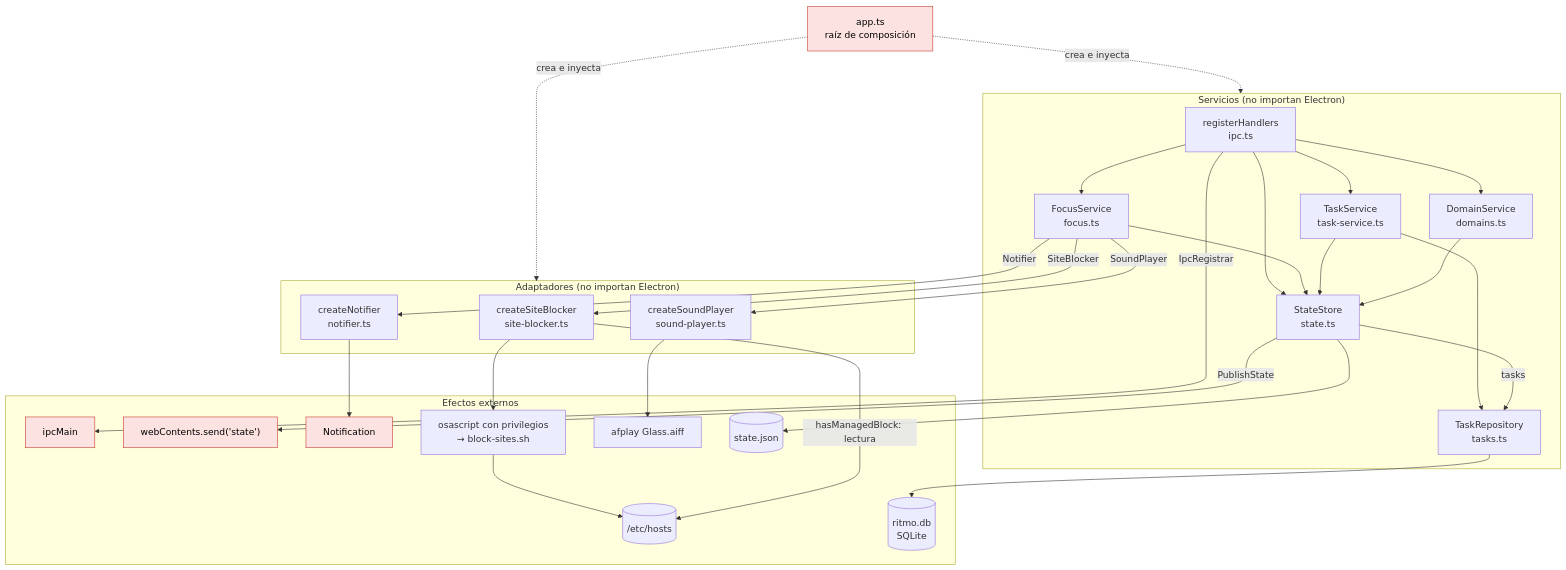
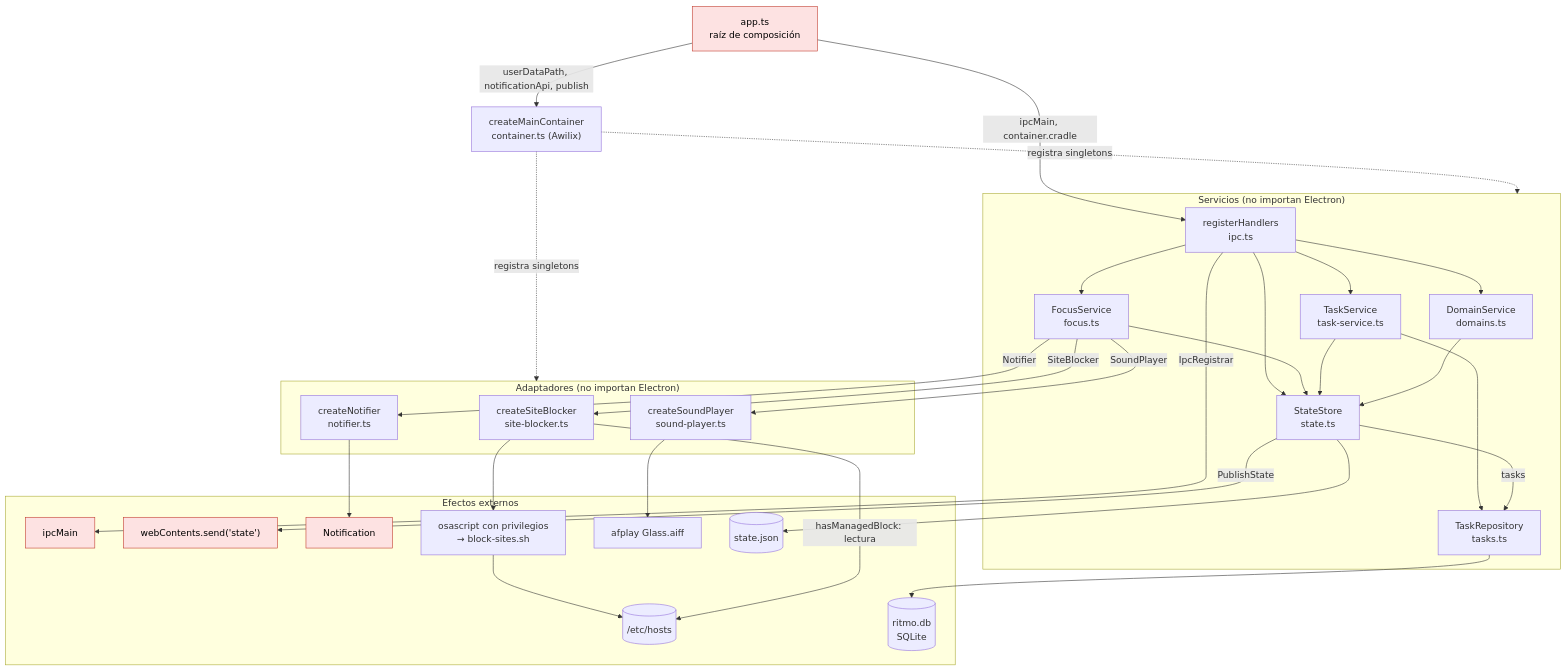
One commit to DevJuan95/ritmo changed the second of 4 diagrams in docs/arquitectura.md. Above: the diagram before and after it, drawn with Mermaid. The commit also changed other lines of this file and 1 other file, not shown here.

Commit message:
Actualiza el glosario y la arquitectura a la composición con Awilix

````diff
--- a/docs/arquitectura.md
+++ b/docs/arquitectura.md
@@ -45,59 +45,62 @@
 ```mermaid
 flowchart TB
   app["app.ts<br/>raíz de composición"]:::electron
+  container["createMainContainer<br/>container.ts (Awilix)"]
 
   subgraph servicios["Servicios (no importan Electron)"]
     ipc["registerHandlers<br/>ipc.ts"]
     focus["FocusService<br/>focus.ts"]
     taskService["TaskService<br/>task-service.ts"]
     domainService["DomainService<br/>domains.ts"]
     store["StateStore<br/>state.ts"]
     repo["TaskRepository<br/>tasks.ts"]
   end
 
   subgraph adaptadores["Adaptadores (no importan Electron)"]
     blocker["createSiteBlocker<br/>site-blocker.ts"]
     notifier["createNotifier<br/>notifier.ts"]
     sound["createSoundPlayer<br/>sound-player.ts"]
   end
 
   subgraph externos["Efectos externos"]
     ipcMain["ipcMain"]:::electron
     send["webContents.send('state')"]:::electron
     notification["Notification"]:::electron
     osascript["osascript con privilegios<br/>→ block-sites.sh"]
     hosts[("/etc/hosts")]
     afplay["afplay Glass.aiff"]
     json[("state.json")]
     db[("ritmo.db<br/>SQLite")]
   end
 
-  app -. "crea e inyecta" .-> servicios
-  app -. "crea e inyecta" .-> adaptadores
+  app -- "userDataPath, notificationApi, publish" --> container
+  app -- "ipcMain, container.cradle" --> ipc
+  container -. "registra singletons" .-> servicios
+  container -. "registra singletons" .-> adaptadores
 
   ipc -- "IpcRegistrar" --> ipcMain
   ipc --> store
   ipc --> focus
   ipc --> taskService
   ipc --> domainService
 
   focus --> store
   focus -- "SiteBlocker" --> blocker
   focus -- "Notifier" --> notifier
   focus -- "SoundPlayer" --> sound
   taskService --> store
   taskService --> repo
   domainService --> store
 
   store -- "tasks" --> repo
   store -- "PublishState" --> send
   store --> json
   repo --> db
 
   blocker --> osascript --> hosts
   blocker -- "hasManagedBlock: lectura" --> hosts
   notifier --> notification
   sound --> afplay
 
   classDef electron fill:#fde2e2,stroke:#c0392b,color:#000
 ```
````
